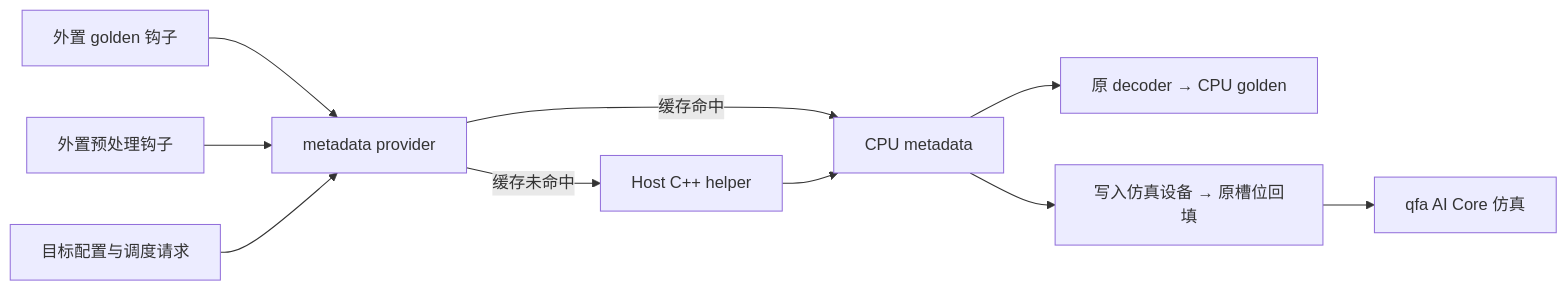
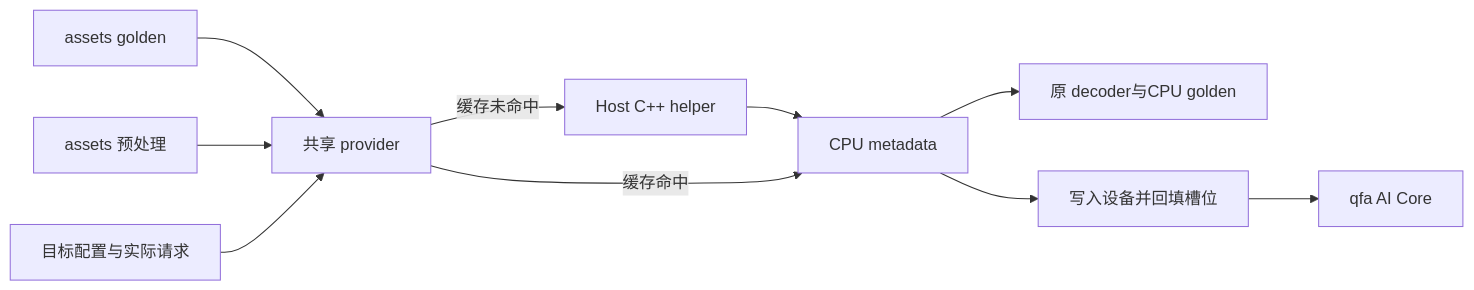
Before and after one commit to Faione/aicpu_mock: the diagram in docs/qfa_mock_aicpu_design.md, drawn with Mermaid. The commit also changed other lines of this file and 5 other files, not shown here.

````diff
--- a/docs/qfa_mock_aicpu_design.md
+++ b/docs/qfa_mock_aicpu_design.md
@@ -79,12 +78,12 @@
 ```mermaid
 flowchart LR
-    G[外置 golden 钩子] --> P[metadata provider]
-    N[外置预处理钩子] --> P
-    C[目标配置与调度请求] --> P
-    P -->|缓存命中| M[CPU metadata]
+    G[assets golden] --> P[共享 provider]
+    N[assets 预处理] --> P
+    C[目标配置与实际请求] --> P
     P -->|缓存未命中| H[Host C++ helper]
-    H --> M
-    M --> D[原 decoder → CPU golden]
-    M --> W[写入仿真设备 → 原槽位回填]
-    W --> Q[qfa AI Core 仿真]
+    H --> M[CPU metadata]
+    P -->|缓存命中| M
+    M --> D[原 decoder与CPU golden]
+    M --> W[写入设备并回填槽位]
+    W --> Q[qfa AI Core]
 ```
````
